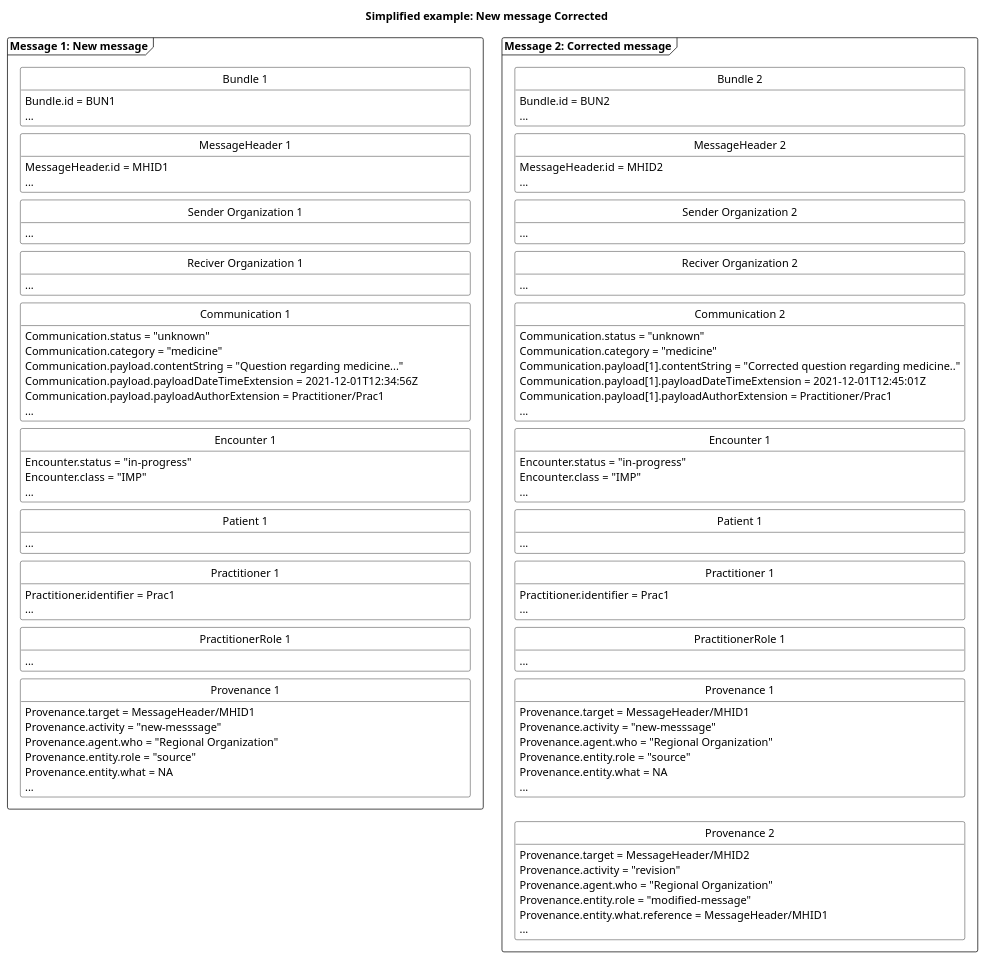
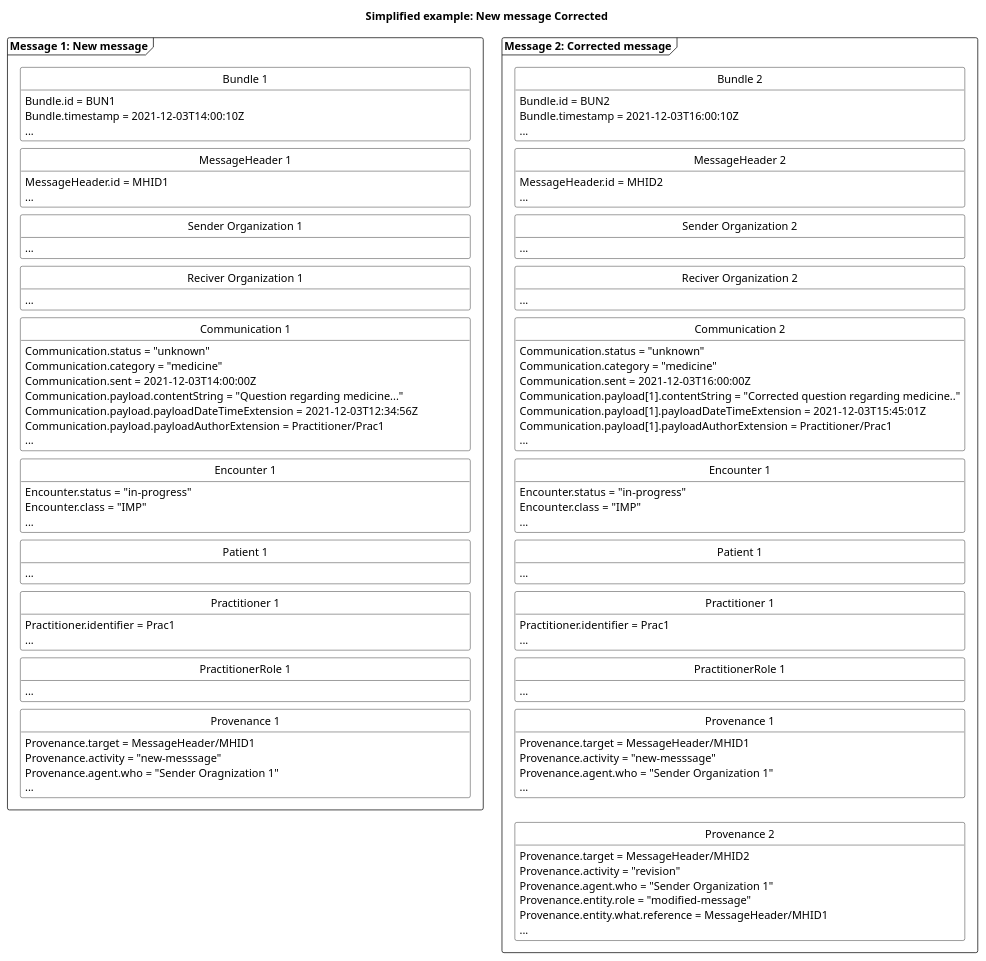
The diagram in puml/CareCommunicationNewMessageCorrected.puml (medcomdk/dk-medcom-carecommunication), drawn with PlantUML before and after one commit. The commit also changed 30 other files, not shown here.

```diff
--- a/puml/CareCommunicationNewMessageCorrected.puml
+++ b/puml/CareCommunicationNewMessageCorrected.puml
@@ -1,154 +1,154 @@
 @startuml CCCorrectMessage
 'layout
 skinparam class {
     BackgroundColor White
     BorderColor Black
     ArrowColor Black
   }
 hide circle
 hide empty members
 skinparam SameClassWidth true
 skinparam Ranksep 10
 
 
 'title
 title Simplified example: New message Corrected
 
 'Message 1: New message
 package "Message 1: New message" as new <<Frame>>{
     class "Bundle 1" as newB {
         Bundle.id = BUN1
+        Bundle.timestamp = 2021-12-03T14:00:10Z
         ...
     }
     class "MessageHeader 1" as newMH{
         MessageHeader.id = MHID1
         ...
     }
     class "Sender Organization 1" as newSOrg{
         ...
     }
     class "Reciver Organization 1" as newROrg{
         ...
     }
     class "Communication 1" as newCom{
         Communication.status = "unknown"
         Communication.category = "medicine"
+        Communication.sent = 2021-12-03T14:00:00Z
         Communication.payload.contentString = "Question regarding medicine..."
-        Communication.payload.payloadDateTimeExtension = 2021-12-01T12:34:56Z
+        Communication.payload.payloadDateTimeExtension = 2021-12-03T12:34:56Z
         Communication.payload.payloadAuthorExtension = Practitioner/Prac1
         ...
     }
     class "Encounter 1" as newENC{
         Encounter.status = "in-progress"
         Encounter.class = "IMP"
         ...
     }
     class "Patient 1" as newPT{
         ...
     }
     class "Practitioner 1" as newPrac{
         Practitioner.identifier = Prac1
         ...
     }
     class "PractitionerRole 1" as newPracR{
         ...
     }
     class "Provenance 1" as newPRO{
         Provenance.target = MessageHeader/MHID1
         Provenance.activity = "new-messsage"
-        Provenance.agent.who = "Regional Organization"
-        Provenance.entity.role = "source"
-        Provenance.entity.what = NA
+        Provenance.agent.who = "Sender Oragnization 1"
         ...
     }
 
 newB -[hidden]- newMH
 newMH -[hidden]- newSOrg
 newSOrg-[hidden]-newROrg
 newROrg-[hidden]-newCom
 newCom -[hidden]- newENC
 newENC-[hidden]-newPT
 newPT-[hidden]-newPrac
 newPrac-[hidden]-newPracR
 newPracR-[hidden]-newPRO
 
 
 
 }
 
 'Message 2: corrected message
 package "Message 2: Corrected message" as error <<Frame>>{
     class "Bundle 2" as errorB {
         Bundle.id = BUN2
+        Bundle.timestamp = 2021-12-03T16:00:10Z
         ...
     }
     class "MessageHeader 2" as errorMH{
         MessageHeader.id = MHID2
         ...
     }
     class "Sender Organization 2" as errorSOrg{
         ...
     }
     class "Reciver Organization 2" as errorROrg{
         ...
     }
     class "Communication 2" as newerrorCom{
         Communication.status = "unknown"
         Communication.category = "medicine"
+        Communication.sent = 2021-12-03T16:00:00Z
         Communication.payload[1].contentString = "Corrected question regarding medicine.."
-        Communication.payload[1].payloadDateTimeExtension = 2021-12-01T12:45:01Z
+        Communication.payload[1].payloadDateTimeExtension = 2021-12-03T15:45:01Z
         Communication.payload[1].payloadAuthorExtension = Practitioner/Prac1
         ...
     }
     class "Encounter 1" as newerrorENC{
         Encounter.status = "in-progress"
         Encounter.class = "IMP"
         ...
     }
     class "Patient 1" as newerrorPT{
         ...
     }
     class "Practitioner 1" as newerrorPrac{
         Practitioner.identifier = Prac1
         ...
     }
     class "PractitionerRole 1" as newerrorPracR{
         ...
     }
     class "Provenance 1" as newerrorPRO{
         Provenance.target = MessageHeader/MHID1
         Provenance.activity = "new-messsage"
-        Provenance.agent.who = "Regional Organization"
-        Provenance.entity.role = "source"
-        Provenance.entity.what = NA
+        Provenance.agent.who = "Sender Organization 1"
         ...
     }
     class "Provenance 2" as errorPRO{
         Provenance.target = MessageHeader/MHID2
         Provenance.activity = "revision"
-        Provenance.agent.who = "Regional Organization"
+        Provenance.agent.who = "Sender Organization 1"
         Provenance.entity.role = "modified-message"
         Provenance.entity.what.reference = MessageHeader/MHID1
         ...
     }
 
 errorB -[hidden]- errorMH
 errorMH -[hidden]- errorSOrg
 errorSOrg-[hidden]-errorROrg
 errorROrg-[hidden]-newerrorCom
 newerrorCom -[hidden]- newerrorENC
 newerrorENC-[hidden]-newerrorPT
 newerrorPT-[hidden]-newerrorPrac
 newerrorPrac-[hidden]-newerrorPracR
 newerrorPracR-[hidden]-newerrorPRO
 newerrorPRO-[hidden]-errorPRO
 
 
 
 }
 
 ' pile mellem de to beskeder
 ' admit --> finished
 
 
 @enduml
```
